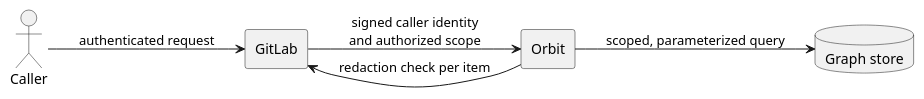
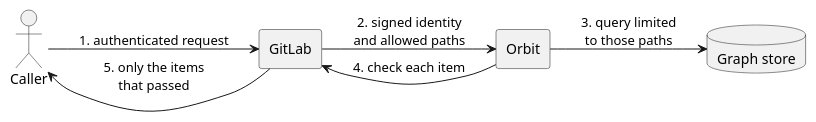
Before and after one commit to gitlabhq/orbit-knowledge-graph: the diagram in docs/pages/engineering/architecture/security.md, drawn with PlantUML. The commit also changed other lines of this file, not shown here.

Commit message:
docs(architecture): explain the security model in plain terms

````diff
--- a/docs/pages/engineering/architecture/security.md
+++ b/docs/pages/engineering/architecture/security.md
@@ -24,14 +17,15 @@
 ```plantuml
 @startuml
 left to right direction
 skinparam componentStyle rectangle
 actor "Caller" as caller
 component "GitLab" as gitlab
 component "Orbit" as orbit
 database "Graph store" as store
-caller --> gitlab : authenticated request
-gitlab --> orbit : signed caller identity\nand authorized scope
-orbit --> store : scoped, parameterized query
-orbit --> gitlab : redaction check per item
+caller --> gitlab : 1. authenticated request
+gitlab --> orbit : 2. signed identity\nand allowed paths
+orbit --> store : 3. query limited\nto those paths
+orbit --> gitlab : 4. check each item
+gitlab --> caller : 5. only the items\nthat passed
 @enduml
 ```
````
